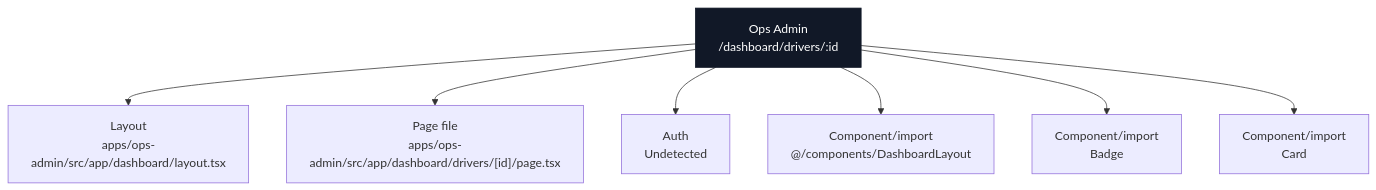
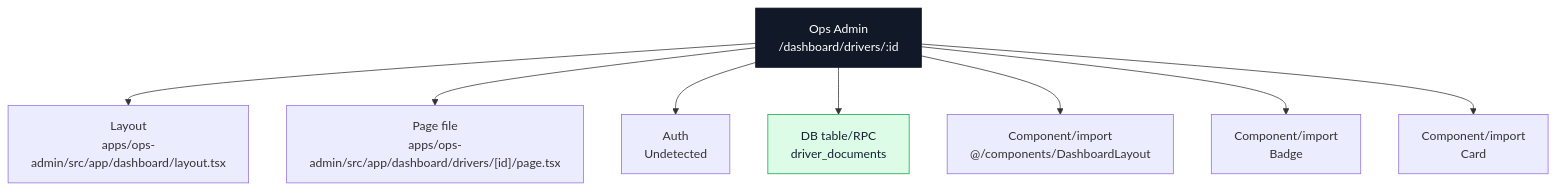
Diagram 15 of 40 in docs/architecture/codebase-map/pages/ops-admin-pages.md (Ritenoob/ridendine-marketplace), drawn with Mermaid before and after one commit. The commit also changed other lines of this file and 50 other files, not shown here.

````diff
--- a/docs/architecture/codebase-map/pages/ops-admin-pages.md
+++ b/docs/architecture/codebase-map/pages/ops-admin-pages.md
@@ -1012,21 +1100,24 @@
 ```mermaid
 flowchart TB
   Page["Ops Admin<br/>/dashboard/drivers/:id"]
   Layout["Layout<br/>apps/ops-admin/src/app/dashboard/layout.tsx"]
   File["Page file<br/>apps/ops-admin/src/app/dashboard/drivers/[id]/page.tsx"]
   Auth["Auth<br/>Undetected"]
   Page --> Layout
   Page --> File
   Page --> Auth
+  Table0["DB table/RPC<br/>driver_documents"]
+  Page --> Table0
   Component0["Component/import<br/>@/components/DashboardLayout"]
   Page --> Component0
   Component1["Component/import<br/>Badge"]
   Page --> Component1
   Component2["Component/import<br/>Card"]
   Page --> Component2
   classDef page fill:#111827,stroke:#111827,color:#ffffff
   classDef data fill:#dcfce7,stroke:#16a34a,color:#172033
   classDef api fill:#dbeafe,stroke:#2563eb,color:#172033
   classDef warn fill:#fef3c7,stroke:#f59e0b,color:#172033
   class Page page
+  class Table0 data
 ```
````
